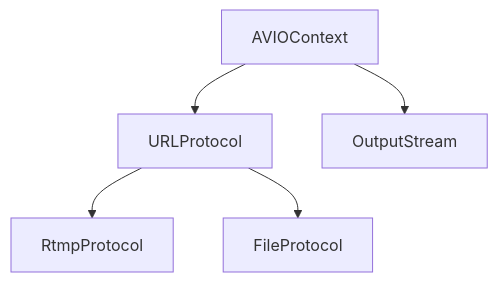
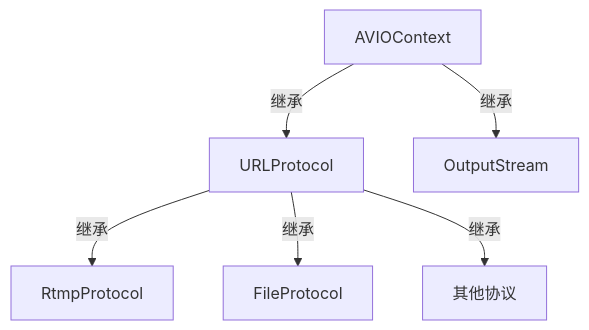
One commit to Wvvatt/learning_ffmpeg changed the first of 2 diagrams in doc/protocol_struct.md. Above: the diagram before and after it, drawn with Mermaid. The commit also changed other lines of this file and 1 other file, not shown here.

````diff
--- a/doc/protocol_struct.md
+++ b/doc/protocol_struct.md
@@ -7,7 +7,8 @@
 ```mermaid
 graph TB
-    AVIOContext --> URLProtocol
-    AVIOContext --> OutputStream
-    URLProtocol --> RtmpProtocol
-    URLProtocol --> FileProtocol
+    AVIOContext --继承--> URLProtocol
+    AVIOContext --继承--> OutputStream
+    URLProtocol --继承--> RtmpProtocol
+    URLProtocol --继承--> FileProtocol
+    URLProtocol --继承--> 其他协议
 ```
````
